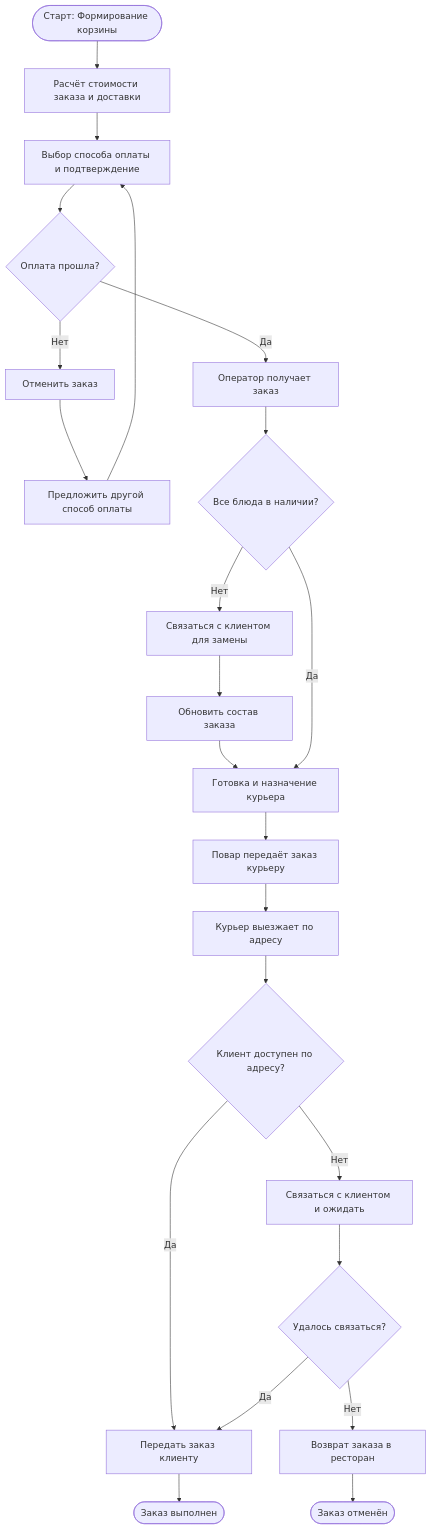
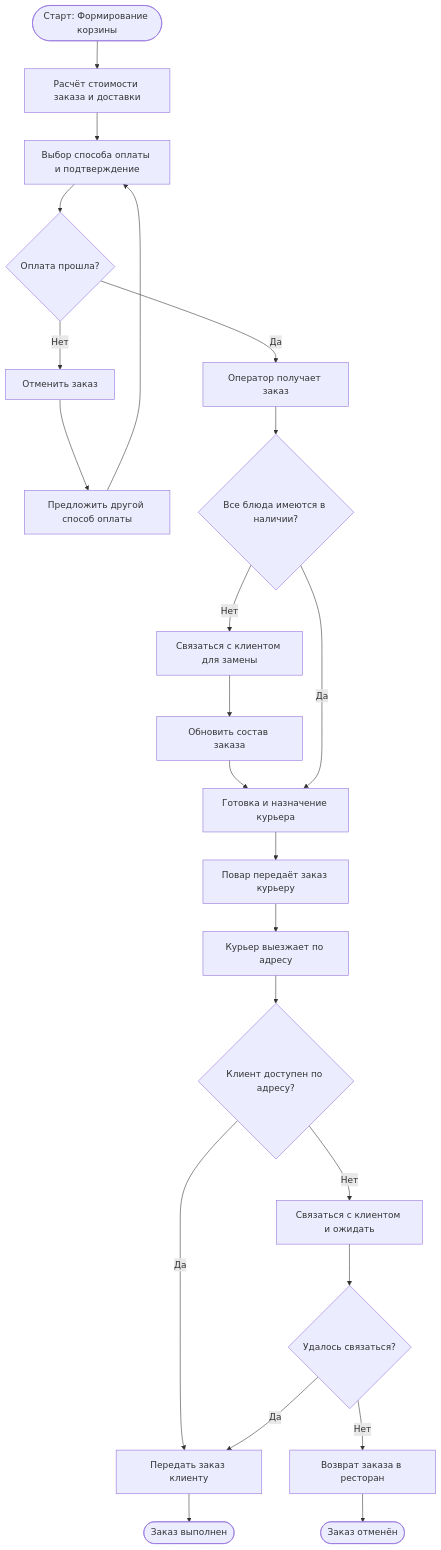
Before and after one commit to eanzgaard/visual-programming-labs-zimens: the diagram in lab1/docs/flowchart.md, drawn with Mermaid. The commit also changed 1 other file, not shown here.

Commit message:
Update Mermaid diagrams: minor fixes in sequence and flowchart

````diff
--- a/lab1/docs/flowchart.md
+++ b/lab1/docs/flowchart.md
@@ -2,32 +2,32 @@
 ```mermaid
 flowchart TD
     A([Старт: Формирование корзины]) --> B[Расчёт стоимости заказа и доставки]
     B --> C[Выбор способа оплаты и подтверждение]
     C --> D{Оплата прошла?}
     
     D -- Нет --> E[Отменить заказ]
     E --> F[Предложить другой способ оплаты]
     F --> C
     
     D -- Да --> G[Оператор получает заказ]
-    G --> H{Все блюда в наличии?}
+    G --> H{Все блюда имеются в наличии?}
     
     H -- Нет --> I[Связаться с клиентом для замены]
     I --> J[Обновить состав заказа]
     J --> K[Готовка и назначение курьера]
     
     H -- Да --> K[Готовка и назначение курьера]
     
     K --> L[Повар передаёт заказ курьеру]
     L --> M[Курьер выезжает по адресу]
     M --> N{Клиент доступен по адресу?}
     
     N -- Да --> O[Передать заказ клиенту]
     O --> P([Заказ выполнен])
     
     N -- Нет --> Q[Связаться с клиентом и ожидать]
     Q --> R{Удалось связаться?}
     R -- Да --> O
     R -- Нет --> S[Возврат заказа в ресторан]
     S --> T([Заказ отменён])
 ```
````
